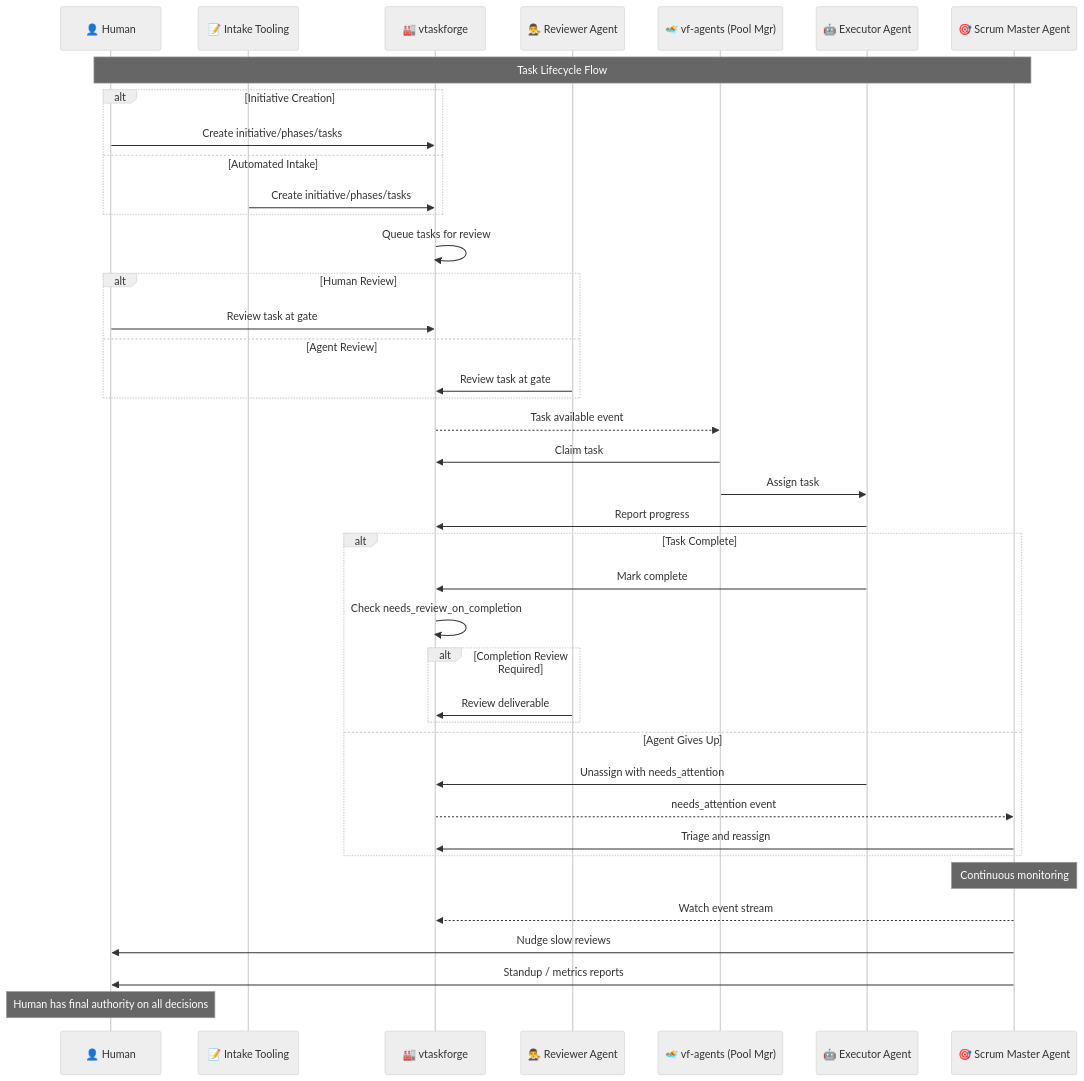
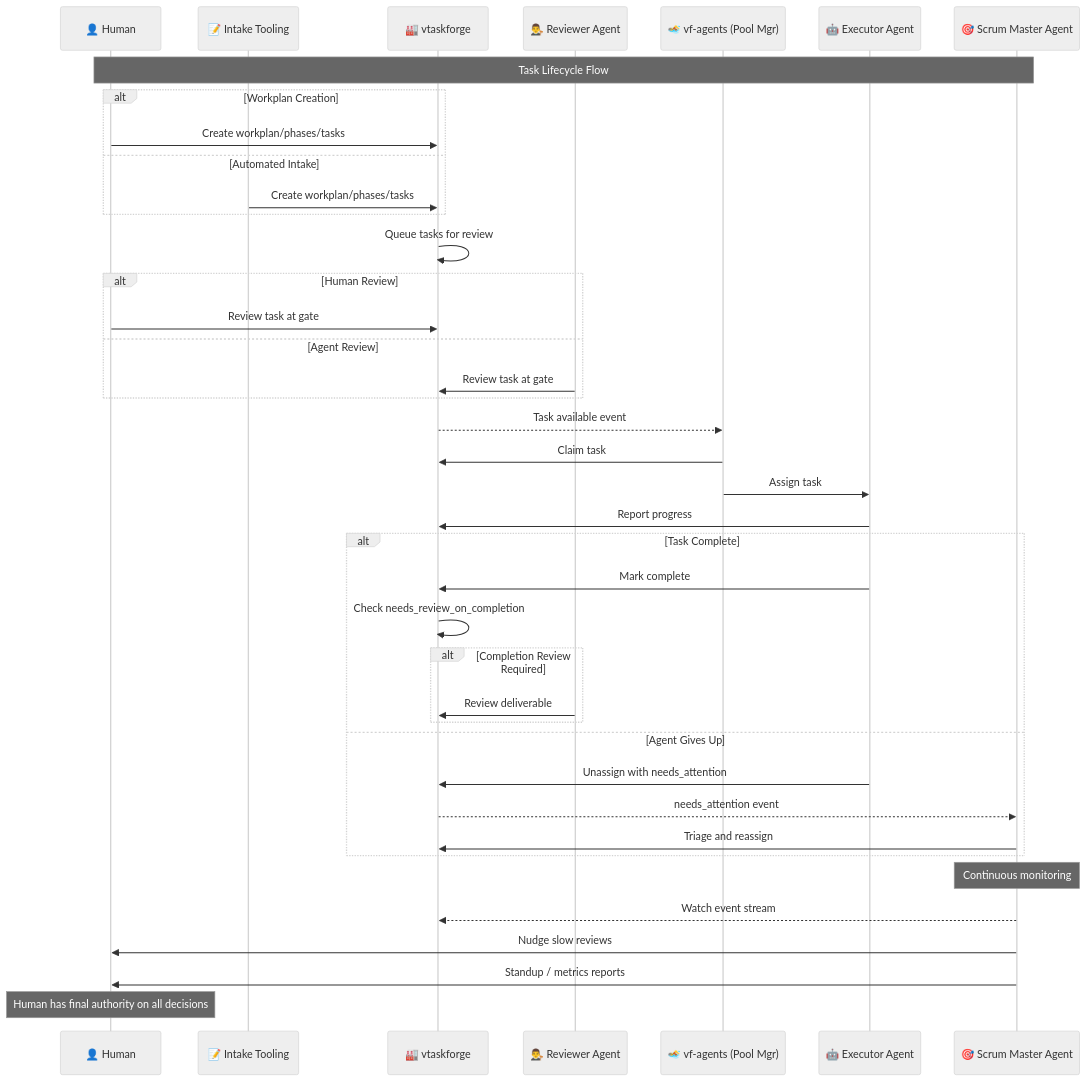
The sixth of 6 diagrams in docs/actor-model-DESIGN.md (vilosource/vtaskforge), drawn with Mermaid before and after one commit. The commit also changed other lines of this file and 14 other files, not shown here.

First line of the commit message:
Rename Initiative to Workplan across codebase and docs

````diff
--- a/docs/actor-model-DESIGN.md
+++ b/docs/actor-model-DESIGN.md
@@ -411,63 +411,63 @@
 ```mermaid
 %%{init: {
   "theme": "neutral",
   "themeVariables": {
     "primaryColor": "#ff6b6b",
     "primaryTextColor": "#000",
     "primaryBorderColor": "#ff4757",
     "lineColor": "#5f27cd",
     "secondaryColor": "#00d2d3",
     "tertiaryColor": "#ff9ff3"
   }
 }}%%
 
 sequenceDiagram
     participant H as 👤 Human
     participant IT as 📝 Intake Tooling
     participant VT as 🏭 vtaskforge
     participant RA as 👨‍⚖️ Reviewer Agent
     participant PM as 🏊 vf-agents (Pool Mgr)
     participant EA as 🤖 Executor Agent
     participant SM as 🎯 Scrum Master Agent
 
     Note over H,SM: Task Lifecycle Flow
 
-    alt Initiative Creation
-        H->>VT: Create initiative/phases/tasks
+    alt Workplan Creation
+        H->>VT: Create workplan/phases/tasks
     else Automated Intake
-        IT->>VT: Create initiative/phases/tasks
+        IT->>VT: Create workplan/phases/tasks
     end
 
     VT->>VT: Queue tasks for review
 
     alt Human Review
         H->>VT: Review task at gate
     else Agent Review
         RA->>VT: Review task at gate
     end
 
     VT-->>PM: Task available event
     PM->>VT: Claim task
     PM->>EA: Assign task
 
     EA->>VT: Report progress
 
     alt Task Complete
         EA->>VT: Mark complete
         VT->>VT: Check needs_review_on_completion
         alt Completion Review Required
             RA->>VT: Review deliverable
         end
     else Agent Gives Up
         EA->>VT: Unassign with needs_attention
         VT-->>SM: needs_attention event
         SM->>VT: Triage and reassign
     end
 
     Note over SM: Continuous monitoring
     SM-->>VT: Watch event stream
     SM->>H: Nudge slow reviews
     SM->>H: Standup / metrics reports
 
     Note over H: Human has final authority on all decisions
 ```
````
